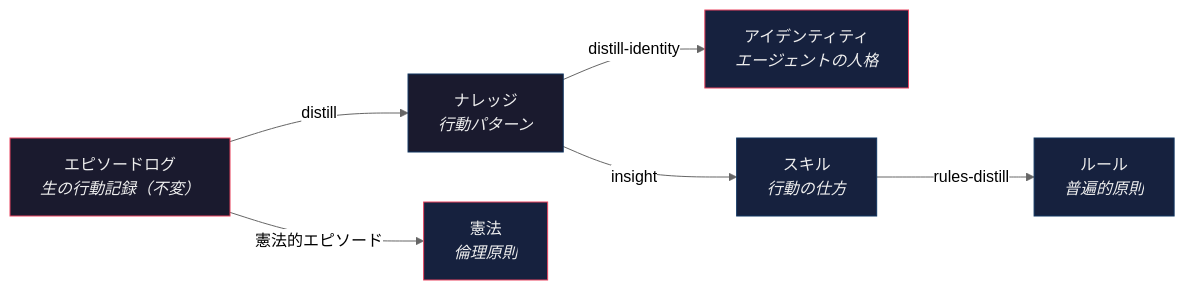
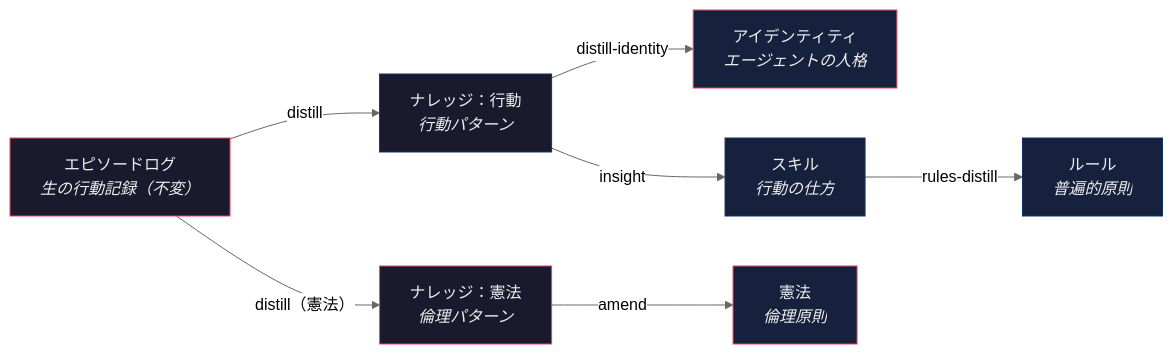
One commit to shimo4228/contemplative-agent changed the diagram in README.ja.md. Above: the diagram before and after it, drawn with Mermaid (neutral theme). The commit also changed 1 other file, not shown here.

Commit message:
docs: correct distillation flow diagram — Constitution flows through Knowledge
The README "How It Works" mermaid showed `Episode Log → Constitution`
as a direct edge, which is wrong. The implementation is two-step:

  Episode Log
    → distill (Step 0 classifies into "constitutional" category;
       distill.py:316, uses DISTILL_CONSTITUTIONAL_PROMPT at line 372)
    → Knowledge[category="constitutional"]
    → amend_constitution (constitution.py:50 reads
       get_learned_patterns(category="constitutional"))
    → Constitution

Split the Knowledge node into two parallel branches (behavioral and
constitutional) so the diagram reflects the actual pipeline. Apply
the same fix to README.ja.md.

Why this matters: the two-step flow is not an implementation detail —
it encodes the MIN_PATTERNS_REQUIRED=3 guard so that the constitution
is only amended after enough constitutional patterns have accumulated.
The old direct-edge diagram hid that gating mechanism.

````diff
--- a/README.ja.md
+++ b/README.ja.md
@@ -27,15 +27,17 @@
 ```mermaid
 graph LR
-    A["エピソードログ<br/><i>生の行動記録（不変）</i>"] -->|distill| B["ナレッジ<br/><i>行動パターン</i>"]
+    A["エピソードログ<br/><i>生の行動記録（不変）</i>"] -->|distill| B["ナレッジ：行動<br/><i>行動パターン</i>"]
+    A -->|"distill（憲法）"| G["ナレッジ：憲法<br/><i>倫理パターン</i>"]
     B -->|distill-identity| C["アイデンティティ<br/><i>エージェントの人格</i>"]
     B -->|insight| D["スキル<br/><i>行動の仕方</i>"]
     D -->|rules-distill| E["ルール<br/><i>普遍的原則</i>"]
-    A -->|"憲法的エピソード"| F["憲法<br/><i>倫理原則</i>"]
+    G -->|amend| F["憲法<br/><i>倫理原則</i>"]
 
     style A fill:#1a1a2e,stroke:#e94560,color:#eee
     style B fill:#1a1a2e,stroke:#0f3460,color:#eee
+    style G fill:#1a1a2e,stroke:#e94560,color:#eee
     style C fill:#16213e,stroke:#e94560,color:#eee
     style D fill:#16213e,stroke:#0f3460,color:#eee
     style E fill:#16213e,stroke:#0f3460,color:#eee
     style F fill:#16213e,stroke:#e94560,color:#eee
 ```
````
